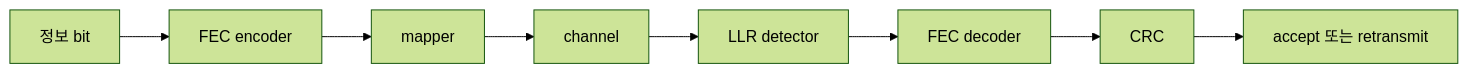
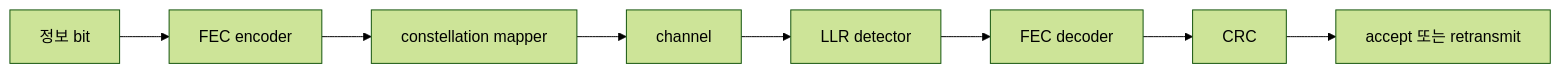
Before and after one commit to mj006648/netai-devsecops-runbook: the diagram in learning/wireless-communications/04-modulation-coding-and-errors.md, drawn with Mermaid (forest theme). The commit also changed other lines of this file and 24 other files, not shown here.

````diff
--- a/learning/wireless-communications/04-modulation-coding-and-errors.md
+++ b/learning/wireless-communications/04-modulation-coding-and-errors.md
@@ -141,10 +24,10 @@
 ```mermaid
 flowchart LR
-    B[정보 bit] --> E[FEC encoder]
-    E --> M[mapper]
-    M --> C[channel]
-    C --> L[LLR detector]
-    L --> D[FEC decoder]
-    D --> CRC[CRC]
-    CRC --> O[accept 또는 retransmit]
+    B["정보 bit"] --> E["FEC encoder"]
+    E --> M["constellation mapper"]
+    M --> C["channel"]
+    C --> L["LLR detector"]
+    L --> D["FEC decoder"]
+    D --> R["CRC"]
+    R --> O["accept 또는 retransmit"]
 ```
````
